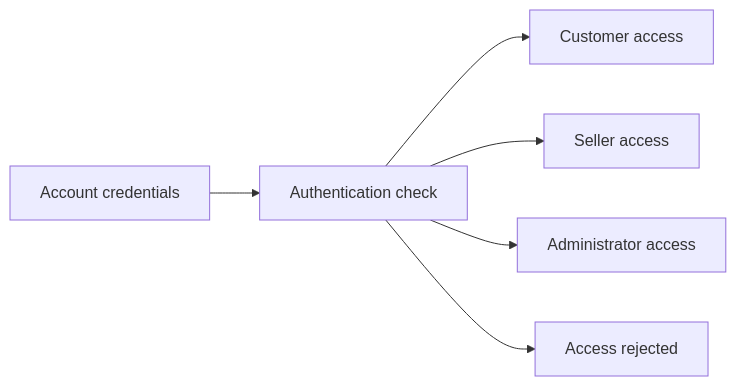
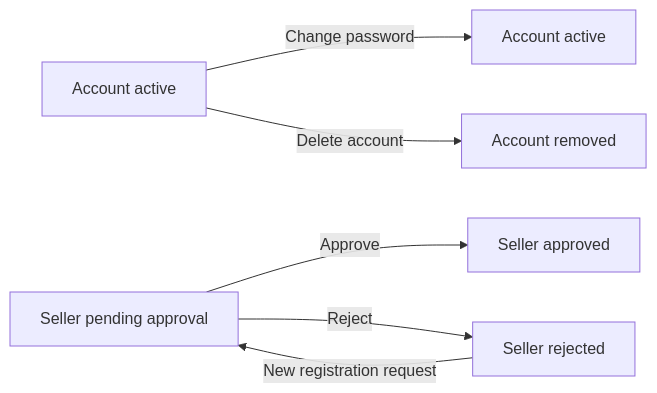
Before and after one commit to wrtnlabs/autobe-examples: diagram 14 of 17 in openai/gpt-5.4-mini/shopping/docs/analysis/01-actors-and-auth.md, drawn with Mermaid. The commit also changed other lines of this file and 9017 other files, not shown here.

````diff
--- a/openai/gpt-5.4-mini/shopping/docs/analysis/01-actors-and-auth.md
+++ b/openai/gpt-5.4-mini/shopping/docs/analysis/01-actors-and-auth.md
@@ -171,8 +335,8 @@
 ```mermaid
 flowchart LR
-    A["Account credentials"] --> B["Authentication check"]
-    B --> C["Customer access"]
-    B --> D["Seller access"]
-    B --> E["Administrator access"]
-    B --> F["Access rejected"]
+    A["Account active"] -->|"Change password"| B["Account active"]
+    A -->|"Delete account"| C["Account removed"]
+    D["Seller pending approval"] -->|"Approve"| E["Seller approved"]
+    D -->|"Reject"| F["Seller rejected"]
+    F -->|"New registration request"| D
 ```
````
